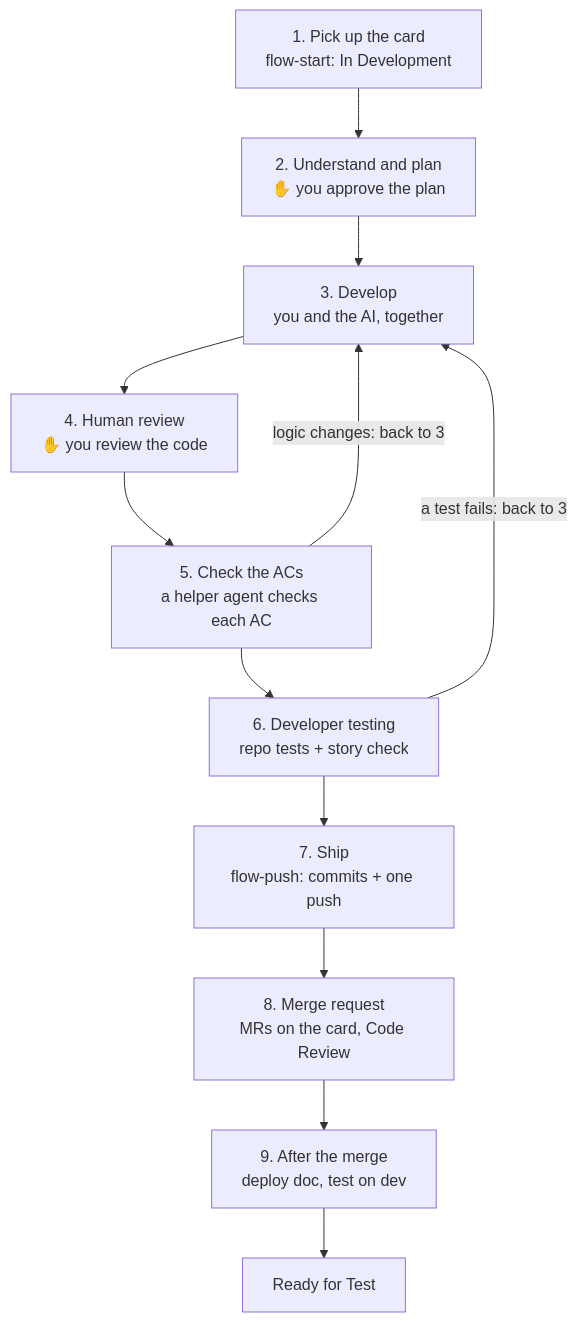
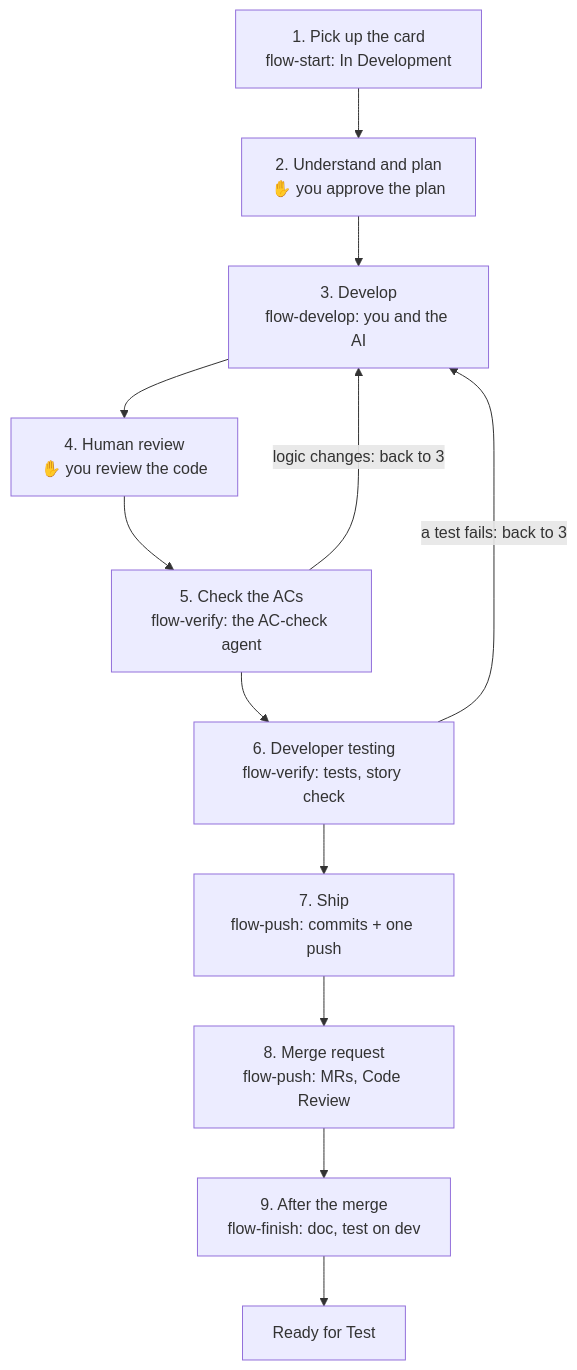
Before and after one commit to manas-shurutech-04/closio_agent: the fourth of 5 diagrams in docs/user-guide.md, drawn with Mermaid. The commit also changed other lines of this file and 9 other files, not shown here.

Commit message:
Docs: flow-status and flow-start, the fixes after the SCRUM-540 test, rules A17 to A19, D61 to D64

````diff
--- a/docs/user-guide.md
+++ b/docs/user-guide.md
@@ -207,8 +207,8 @@
 ```mermaid
 flowchart TB
-    p1["1. Pick up the card<br/>flow-start: In Development"] --> p2["2. Understand and plan<br/>✋ you approve the plan"] --> p3["3. Develop<br/>you and the AI, together"]
-    p3 --> p4["4. Human review<br/>✋ you review the code"] --> p5["5. Check the ACs<br/>a helper agent checks each AC"] --> p6["6. Developer testing<br/>repo tests + story check"]
+    p1["1. Pick up the card<br/>flow-start: In Development"] --> p2["2. Understand and plan<br/>✋ you approve the plan"] --> p3["3. Develop<br/>flow-develop: you and the AI"]
+    p3 --> p4["4. Human review<br/>✋ you review the code"] --> p5["5. Check the ACs<br/>flow-verify: the AC-check agent"] --> p6["6. Developer testing<br/>flow-verify: tests, story check"]
     p5 -- "logic changes: back to 3" --> p3
     p6 -- "a test fails: back to 3" --> p3
-    p6 --> p7["7. Ship<br/>flow-push: commits + one push"] --> p8["8. Merge request<br/>MRs on the card, Code Review"] --> p9["9. After the merge<br/>deploy doc, test on dev"] --> r["Ready for Test"]
+    p6 --> p7["7. Ship<br/>flow-push: commits + one push"] --> p8["8. Merge request<br/>flow-push: MRs, Code Review"] --> p9["9. After the merge<br/>flow-finish: doc, test on dev"] --> r["Ready for Test"]
 ```
````
